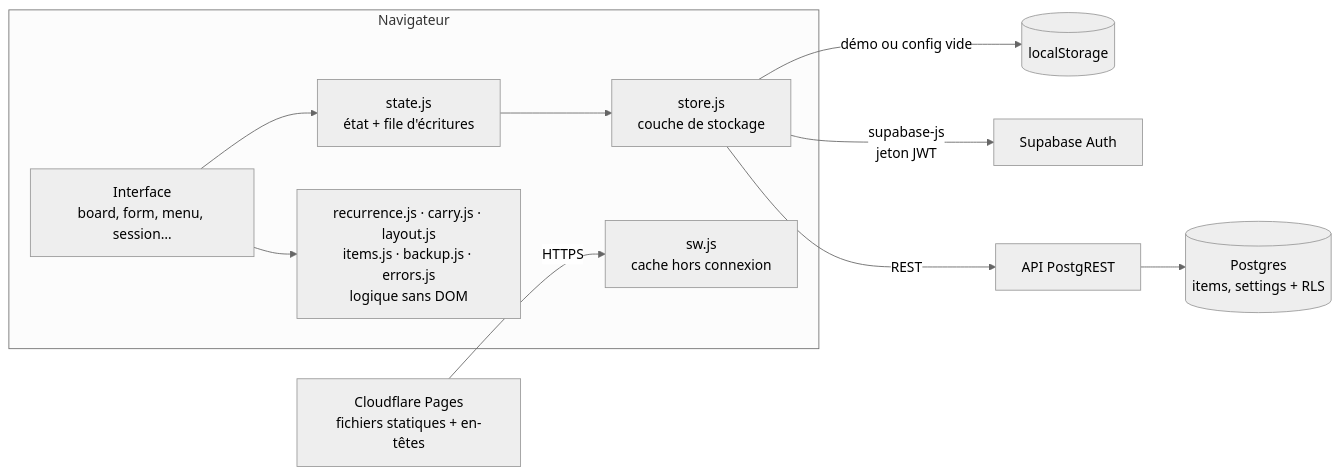
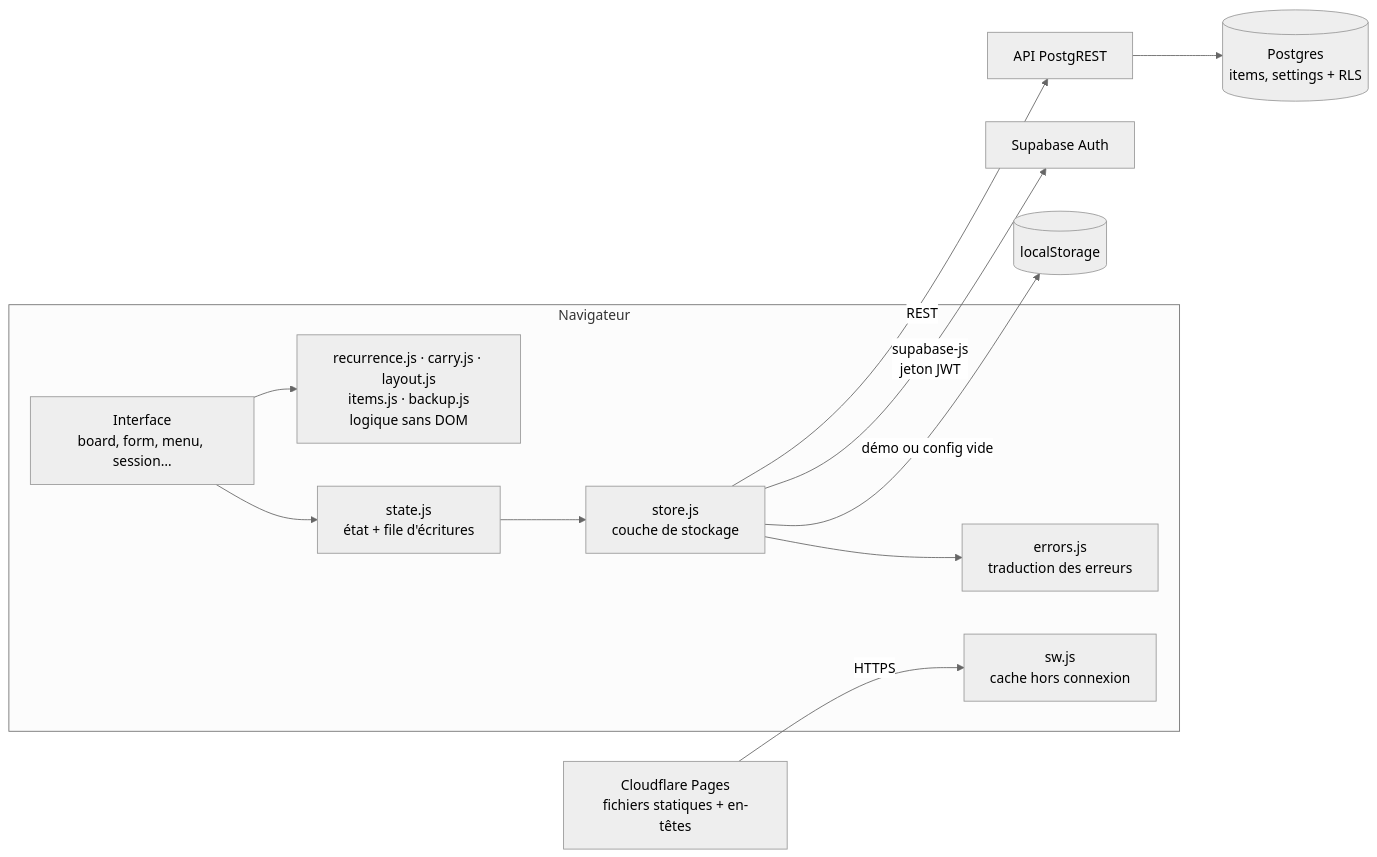
One commit to CadGeff/Planning changed the diagram in README.md. Above: the diagram before and after it, drawn with Mermaid (neutral theme). The commit also changed other lines of this file and 23 other files, not shown here.

````diff
--- a/README.md
+++ b/README.md
@@ -57,14 +58,15 @@
 ```mermaid
 flowchart LR
     subgraph Navigateur
         UI["Interface<br/>board, form, menu, session…"] --> ST["state.js<br/>état + file d'écritures"]
-        UI --> REC["recurrence.js · carry.js · layout.js<br/>items.js · backup.js · errors.js<br/>logique sans DOM"]
+        UI --> REC["recurrence.js · carry.js · layout.js<br/>items.js · backup.js<br/>logique sans DOM"]
         ST --> STO["store.js<br/>couche de stockage"]
+        STO --> ERR["errors.js<br/>traduction des erreurs"]
         SW["sw.js<br/>cache hors connexion"]
     end
     CF["Cloudflare Pages<br/>fichiers statiques + en-têtes"] -->|HTTPS| SW
     STO -->|"démo ou config vide"| LS[("localStorage")]
     STO -->|"supabase-js<br/>jeton JWT"| AUTH["Supabase Auth"]
     STO -->|REST| API["API PostgREST"]
     API --> PG[("Postgres<br/>items, settings + RLS")]
 ```
````
